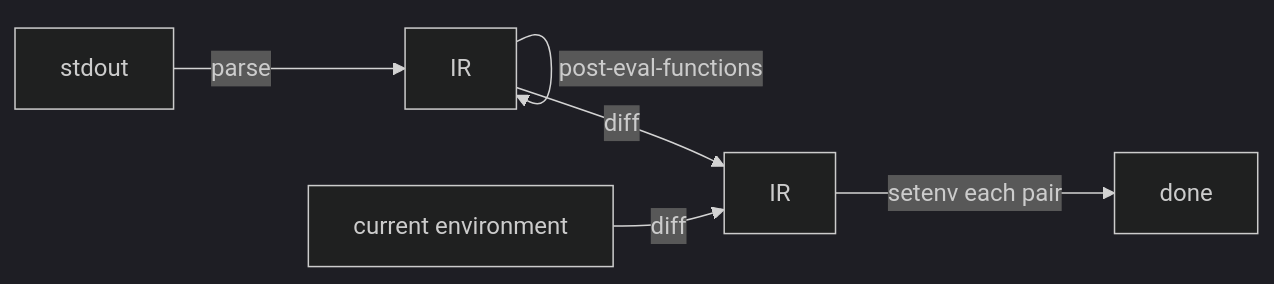
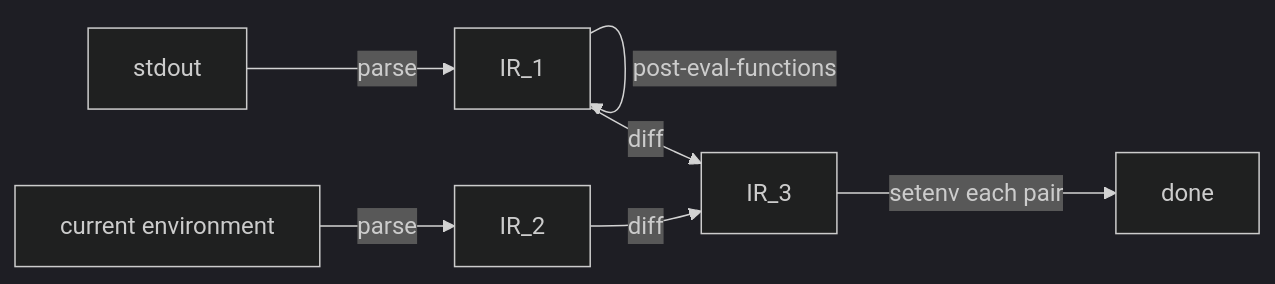
Before and after one commit to cfclrk/environ: the second of 2 diagrams in README.md, drawn with Mermaid (dark theme). The commit also changed other lines of this file, not shown here.

````diff
--- a/README.md
+++ b/README.md
@@ -292,8 +301,9 @@
 ```mermaid
 flowchart LR
-  stdout -- parse --> IR1[IR]
-  IR1 -- post-eval-functions --> IR1
-  IR1 -- diff --> IR2[IR]
-  cur[current environment] -- diff --> IR2
-  IR2 -- setenv each pair --> done
+  stdout -- parse --> IR_1
+  IR_1 -- post-eval-functions --> IR_1
+  cur[current environment] -- parse --> IR_2
+  IR_1 -- diff --> IR_3
+  IR_2 -- diff --> IR_3
+  IR_3 -- setenv each pair --> done
 ```
````
